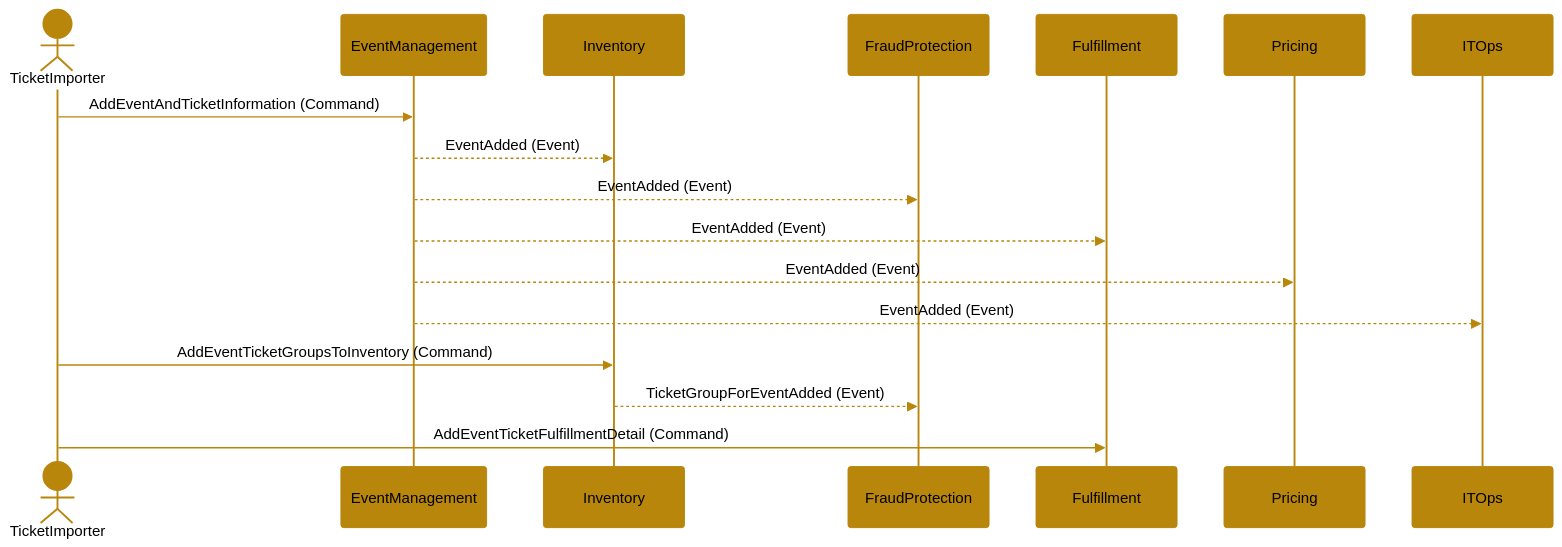
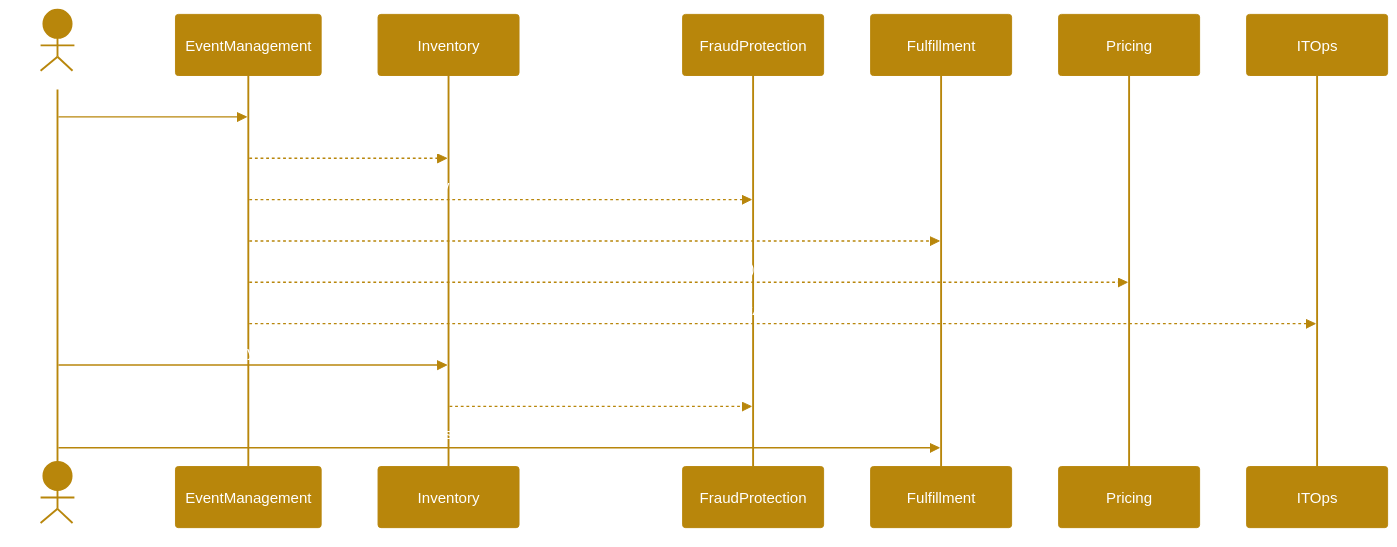
Before and after one commit to AcmeTickets/Diagrams: the diagram in MakeTicketsAvailableForPurchase.md, drawn with Mermaid.

Commit message:
more style updates

````diff
--- a/MakeTicketsAvailableForPurchase.md
+++ b/MakeTicketsAvailableForPurchase.md
@@ -1,41 +1,42 @@
 ```mermaid
 %%{init: {
   'theme': 'base',
   'themeVariables': {
     'primaryColor': '#B8860B',
-    'primaryTextColor': '#000000',
+    'primaryTextColor': '#FFFFFF',
     'primaryBorderColor': '#B8860B',
     'lineColor': '#B8860B',
     'signalColor': '#B8860B',
-    'signalTextColor': '#000000',
+    'signalTextColor': '#FFFFFF',
     'actorBkg': '#B8860B',
-    'actorTextColor': '#000000',
+    'actorTextColor': '#FFFFFF',
     'actorLineColor': '#B8860B',
     'actorBorder': '#B8860B',
     'activationBkgColor': '#B8860B',
     'activationBorderColor': '#B8860B',
-    'sequenceNumberColor': '#000000'
+    'sequenceNumberColor': '#FFFFFF',
+    'labelTextColor': '#FFFFFF'
   }
 }}%%
 sequenceDiagram
     actor TicketImporter
 
     participant EventManagement
     participant Inventory
     participant FraudProtection
     participant Fulfillment
     participant Pricing
     participant ITOps
 
-    TicketImporter->>EventManagement: AddEventAndTicketInformation (Command)
+    TicketImporter->>EventManagement: <span style="color:#4A90E2">AddEventAndTicketInformation (Command)</span>
     EventManagement-->>Inventory: EventAdded (Event)
     EventManagement-->>FraudProtection: EventAdded (Event)
     EventManagement-->>Fulfillment: EventAdded (Event)
     EventManagement-->>Pricing: EventAdded (Event)
     EventManagement-->>ITOps: EventAdded (Event)
 
-    TicketImporter->>Inventory: AddEventTicketGroupsToInventory (Command)
+    TicketImporter->>Inventory: <span style="color:#4A90E2">AddEventTicketGroupsToInventory (Command)</span>
     Inventory-->>FraudProtection: TicketGroupForEventAdded (Event)
 
-    TicketImporter->>Fulfillment: AddEventTicketFulfillmentDetail (Command)
+    TicketImporter->>Fulfillment: <span style="color:#4A90E2">AddEventTicketFulfillmentDetail (Command)</span>
 ```
````
